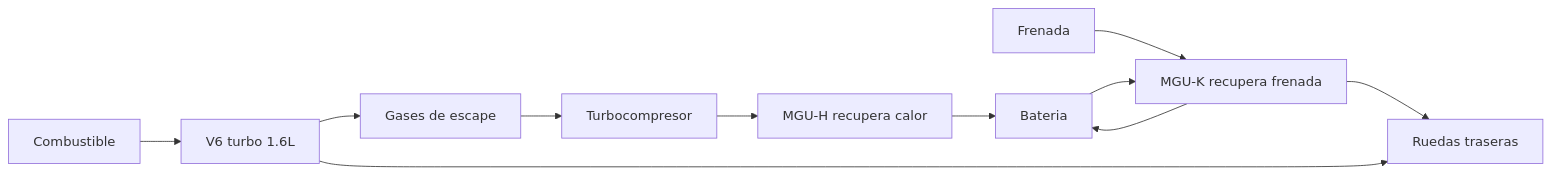
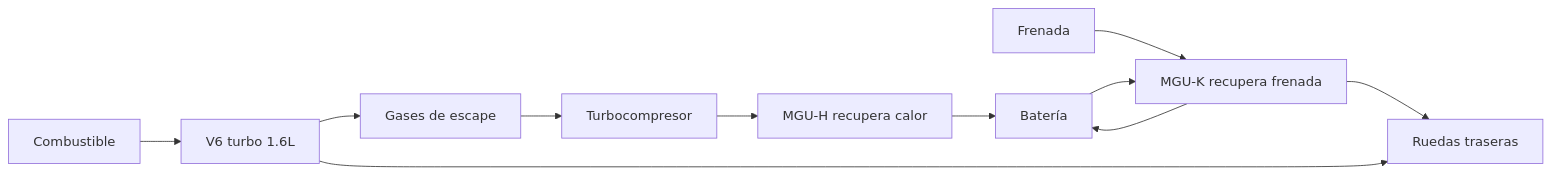
The second of 3 diagrams in vehiculos/formula-1/operacion/sistemas-mecanicos-formula-1.md (vladimiracunadev-create/machine-operator-program), drawn with Mermaid before and after one commit. The commit also changed other lines of this file and 442 other files, not shown here.

````diff
--- a/vehiculos/formula-1/operacion/sistemas-mecanicos-formula-1.md
+++ b/vehiculos/formula-1/operacion/sistemas-mecanicos-formula-1.md
@@ -38,13 +38,13 @@
 ```mermaid
 flowchart LR
     Comb[Combustible] --> ICE[V6 turbo 1.6L]
     ICE --> Gases[Gases de escape]
     Gases --> Turbo[Turbocompresor]
     Turbo --> MGUH[MGU-H recupera calor]
-    MGUH --> Bat[Bateria]
+    MGUH --> Bat[Batería]
     Frenada[Frenada] --> MGUK[MGU-K recupera frenada]
     MGUK --> Bat
     Bat --> MGUK
     MGUK --> Rueda[Ruedas traseras]
     ICE --> Rueda
 ```
````
